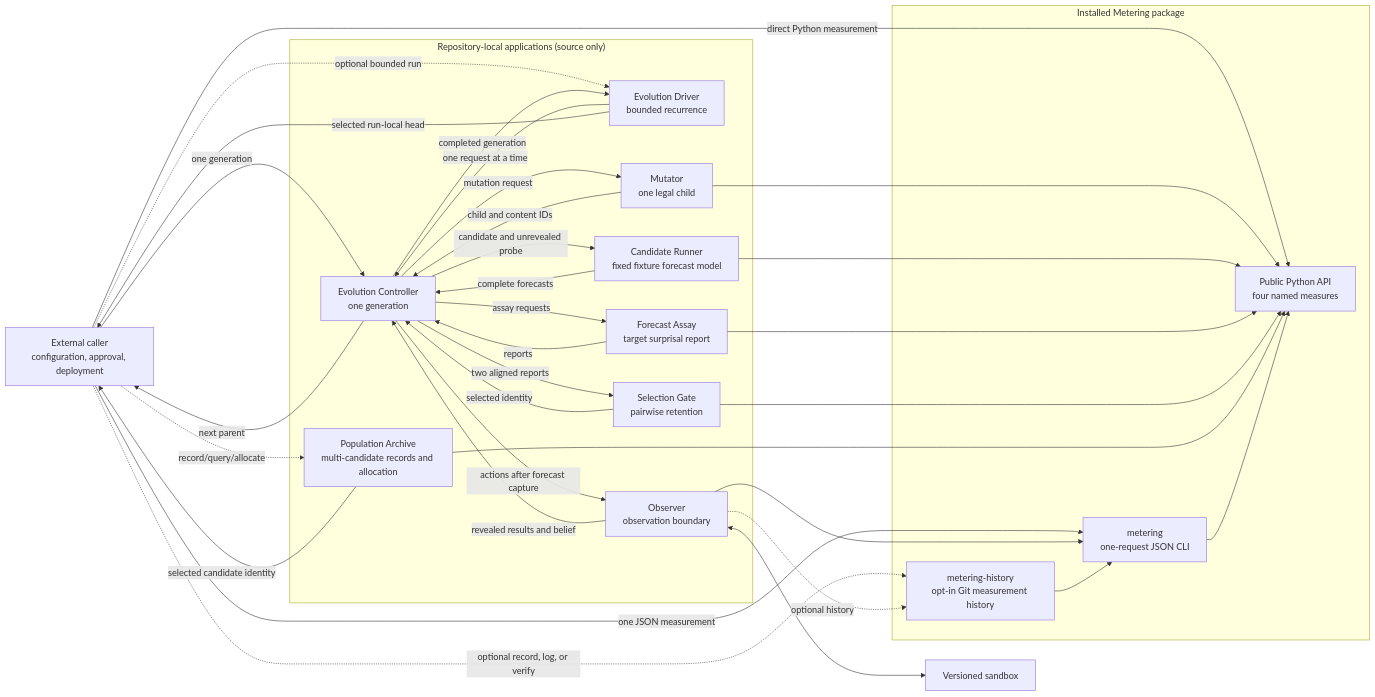
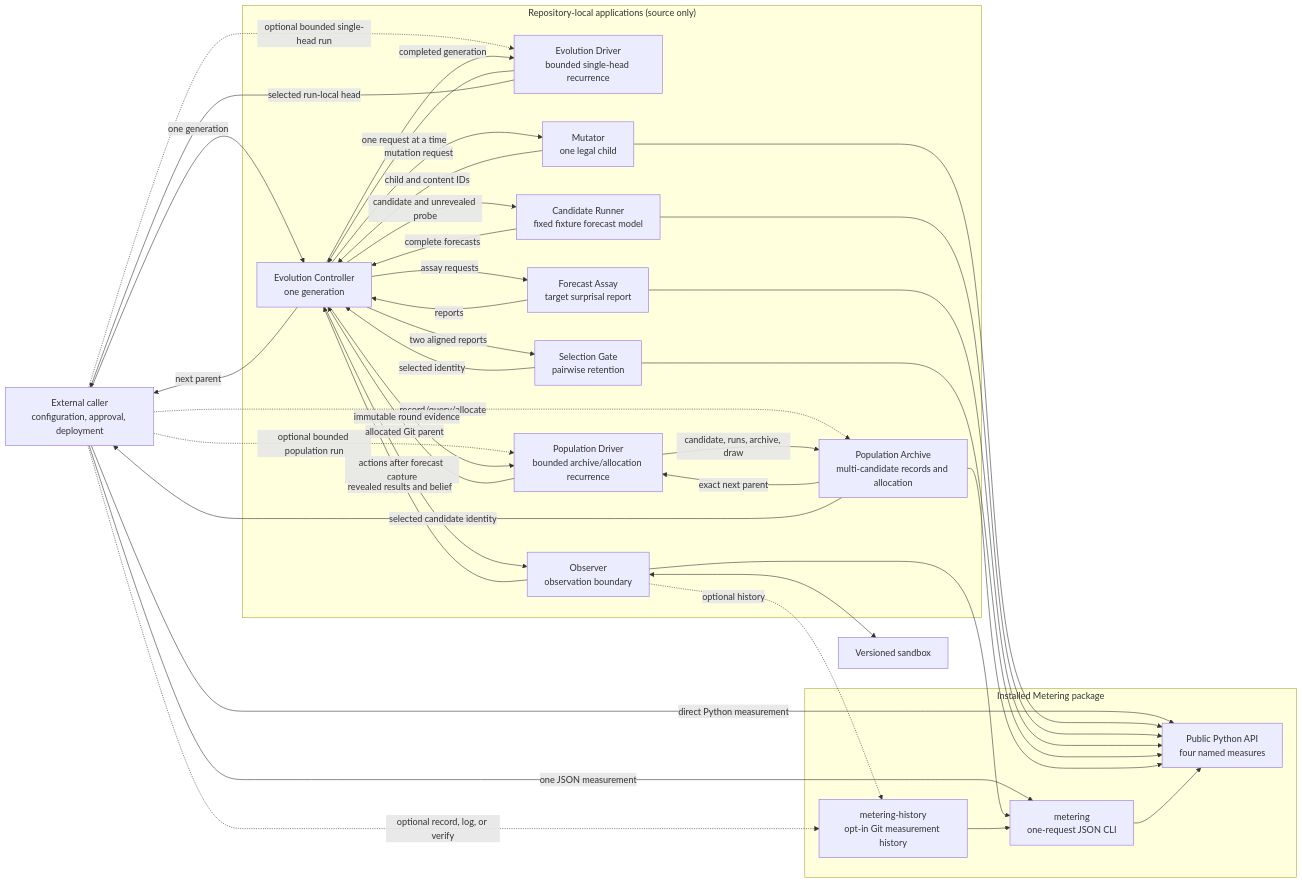
One commit to muchmirul/metering changed the diagram in README.md. Above: the diagram before and after it, drawn with Mermaid. The commit also changed other lines of this file and 19 other files, not shown here.

Commit message:
Implement bounded population driver

````diff
--- a/README.md
+++ b/README.md
@@ -31,55 +31,61 @@
 ```mermaid
 flowchart LR
     Caller["External caller<br/>configuration, approval, deployment"]
     Sandbox["Versioned sandbox"]
 
     subgraph Applications["Repository-local applications (source only)"]
-        Evolver["Evolution Driver<br/>bounded recurrence"]
+        Evolver["Evolution Driver<br/>bounded single-head recurrence"]
+        PopDriver["Population Driver<br/>bounded archive/allocation recurrence"]
         Population["Population Archive<br/>multi-candidate records and allocation"]
         Controller["Evolution Controller<br/>one generation"]
         Observer["Observer<br/>observation boundary"]
         Mutator["Mutator<br/>one legal child"]
         Runner["Candidate Runner<br/>fixed fixture forecast model"]
         Assay["Forecast Assay<br/>target surprisal report"]
         Gate["Selection Gate<br/>pairwise retention"]
     end
 
     subgraph Package["Installed Metering package"]
         API["Public Python API<br/>four named measures"]
         CLI["metering<br/>one-request JSON CLI"]
         History["metering-history<br/>opt-in Git measurement history"]
     end
 
     Caller -->|one generation| Controller
-    Caller -. optional bounded run .-> Evolver
+    Caller -. optional bounded single-head run .-> Evolver
     Caller -. record/query/allocate .-> Population
+    Caller -. optional bounded population run .-> PopDriver
     Evolver -->|one request at a time| Controller
+    PopDriver -->|allocated Git parent| Controller
+    Controller -->|immutable round evidence| PopDriver
+    PopDriver -->|candidate, runs, archive, draw| Population
+    Population -->|exact next parent| PopDriver
     Caller -->|direct Python measurement| API
     Caller -->|one JSON measurement| CLI
     Caller -. optional record, log, or verify .-> History
     Controller -->|mutation request| Mutator
     Mutator -->|child and content IDs| Controller
     Controller -->|candidate and unrevealed probe| Runner
     Runner -->|complete forecasts| Controller
     Controller -->|actions after forecast capture| Observer
     Observer -->|revealed results and belief| Controller
     Observer <--> Sandbox
     Controller -->|assay requests| Assay
     Assay -->|reports| Controller
     Controller -->|two aligned reports| Gate
     Gate -->|selected identity| Controller
     Controller -->|next parent| Caller
     Controller -->|completed generation| Evolver
     Evolver -->|selected run-local head| Caller
     Population -->|selected candidate identity| Caller
 
     Observer --> CLI
     Observer -. optional history .-> History
     Mutator --> API
     Runner --> API
     Assay --> API
     Gate --> API
     Population --> API
     CLI --> API
     History --> CLI
 ```
````
